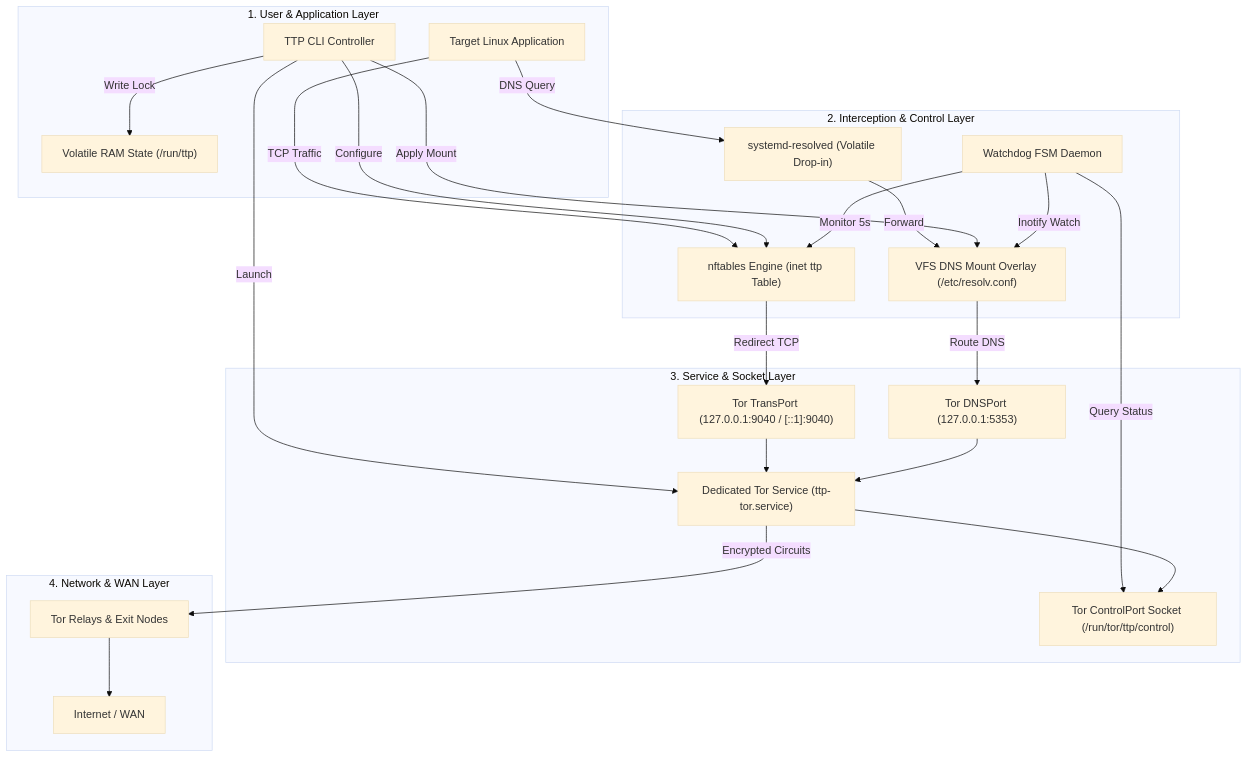
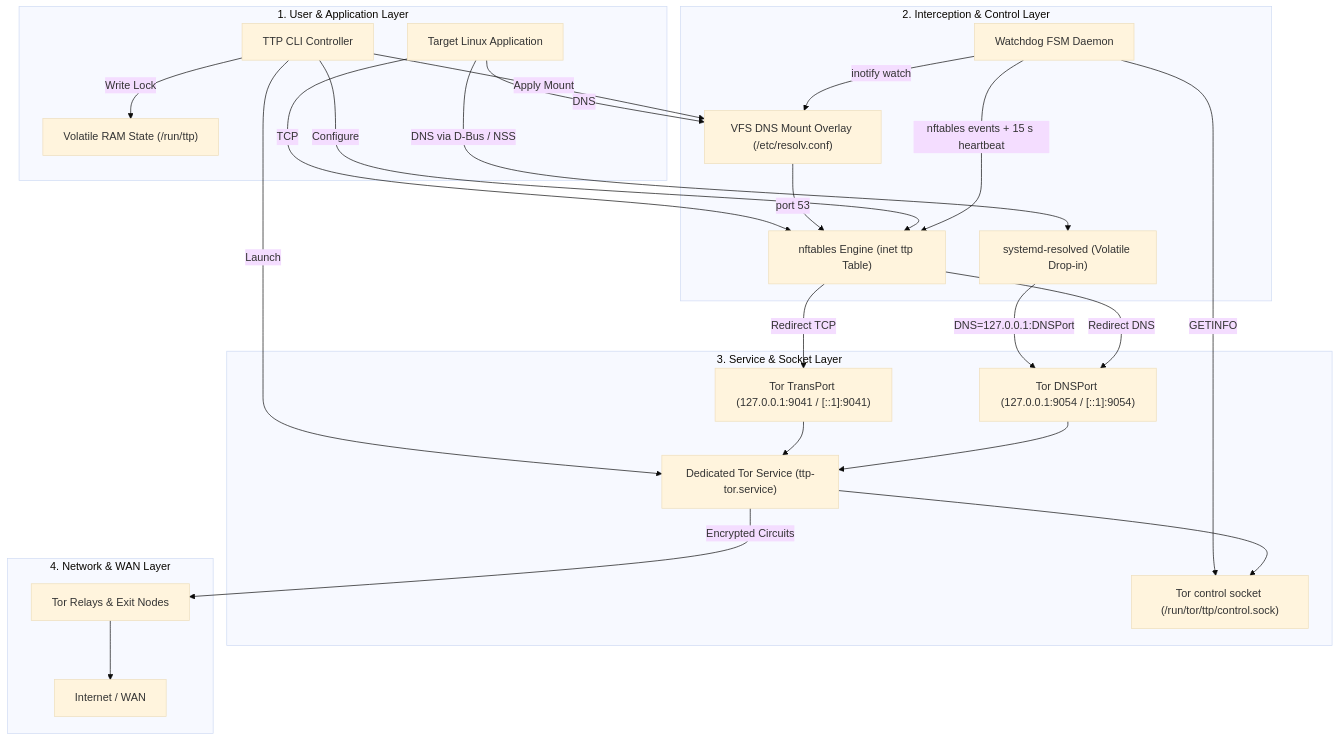
One commit to onyks-os/TransparentTorProxy changed the diagram in docs/web/explanation/architecture.md. Above: the diagram before and after it, drawn with Mermaid (base theme). The commit also changed other lines of this file and 28 other files, not shown here.

````diff
--- a/docs/web/explanation/architecture.md
+++ b/docs/web/explanation/architecture.md
@@ -9,49 +9,51 @@
 ```mermaid
 flowchart TD
     subgraph Layer1["1. User & Application Layer"]
         App["Target Linux Application"]
         CLI["TTP CLI Controller"]
         State["Volatile RAM State (/run/ttp)"]
     end
 
     subgraph Layer2["2. Interception & Control Layer"]
         NFT["nftables Engine (inet ttp Table)"]
         DNSOverlay["VFS DNS Mount Overlay (/etc/resolv.conf)"]
         Resolved["systemd-resolved (Volatile Drop-in)"]
         FSM["Watchdog FSM Daemon"]
     end
 
     subgraph Layer3["3. Service & Socket Layer"]
         TorDaemon["Dedicated Tor Service (ttp-tor.service)"]
-        TorControl["Tor ControlPort Socket (/run/tor/ttp/control)"]
-        TransPort["Tor TransPort (127.0.0.1:9040 / [::1]:9040)"]
-        DNSPort["Tor DNSPort (127.0.0.1:5353)"]
+        TorControl["Tor control socket (/run/tor/ttp/control.sock)"]
+        TransPort["Tor TransPort (127.0.0.1:9041 / [::1]:9041)"]
+        DNSPort["Tor DNSPort (127.0.0.1:9054 / [::1]:9054)"]
     end
 
     subgraph Layer4["4. Network & WAN Layer"]
         TorNetwork["Tor Relays & Exit Nodes"]
         WAN["Internet / WAN"]
     end
 
-    App -->|TCP Traffic| NFT
-    App -->|DNS Query| Resolved
-    Resolved -->|Forward| DNSOverlay
+    App -->|TCP| NFT
+    App -->|DNS| DNSOverlay
+    App -->|DNS via D-Bus / NSS| Resolved
+    DNSOverlay -->|port 53| NFT
+    Resolved -->|DNS=127.0.0.1:DNSPort| DNSPort
     
     CLI -->|Configure| NFT
     CLI -->|Apply Mount| DNSOverlay
     CLI -->|Launch| TorDaemon
     CLI -->|Write Lock| State
 
-    FSM -->|Monitor 5s| NFT
-    FSM -->|Inotify Watch| DNSOverlay
-    FSM -->|Query Status| TorControl
+    FSM -->|nftables events + 15 s heartbeat| NFT
+    FSM -->|inotify watch| DNSOverlay
+    FSM -->|GETINFO| TorControl
 
     NFT -->|Redirect TCP| TransPort
-    DNSOverlay -->|Route DNS| DNSPort
+    NFT -->|Redirect DNS| DNSPort
     
     TransPort --> TorDaemon
     DNSPort --> TorDaemon
     TorDaemon --> TorControl
     TorDaemon -->|Encrypted Circuits| TorNetwork
     TorNetwork --> WAN
 ```
````
